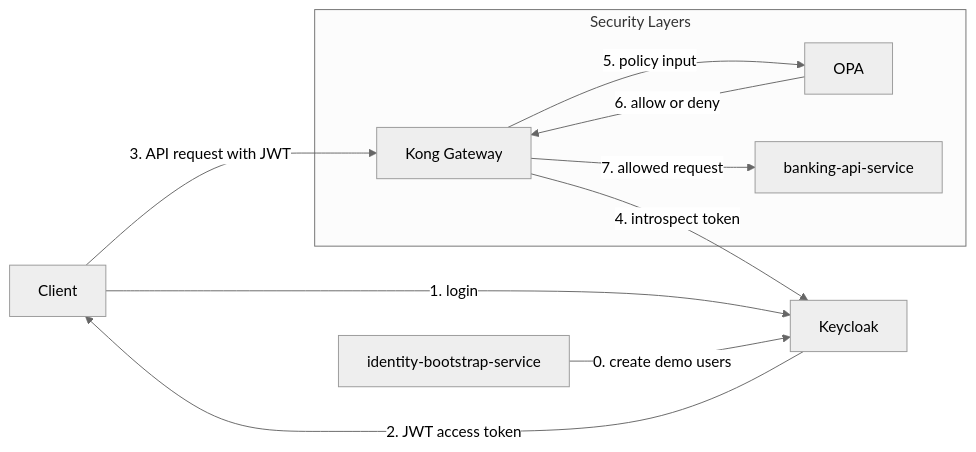
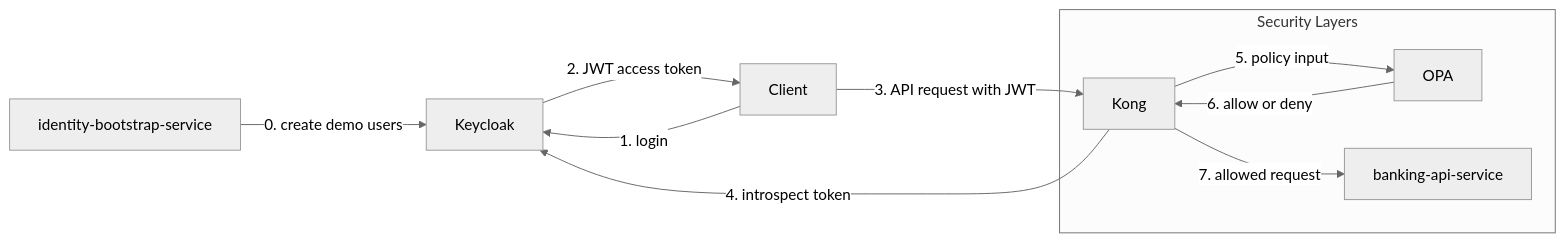
The diagram in docs/02-this-project-architecture.md (geekchow/micro-service-auth), drawn with Mermaid (neutral theme) before and after one commit. The commit also changed other lines of this file, not shown here.

Commit message:
docs: rewrite 02 architecture with template

````diff
--- a/docs/02-this-project-architecture.md
+++ b/docs/02-this-project-architecture.md
@@ -85,19 +74,19 @@
 ```mermaid
 flowchart LR
-  C[Client] -->|1. login| KC[Keycloak]
-  KC -->|2. JWT access token| C
+  identity-bootstrap-service -->|0. create demo users| Keycloak
 
-  C -->|3. API request with JWT| KG[Kong Gateway]
-  KG -->|4. introspect token| KC
-  KG -->|5. policy input| OPA[OPA]
-  OPA -->|6. allow or deny| KG
-  KG -->|7. allowed request| BANK[banking-api-service]
+  Client -->|1. login| Keycloak
+  Keycloak -->|2. JWT access token| Client
 
-  DEMO[identity-bootstrap-service] -->|0. create demo users| KC
+  Client -->|3. API request with JWT| Kong
+  Kong -->|4. introspect token| Keycloak
+  Kong -->|5. policy input| OPA
+  OPA -->|6. allow or deny| Kong
+  Kong -->|7. allowed request| banking-api-service
 
-    subgraph Security Layers
-      KG
-      OPA
-      BANK
-    end
+  subgraph Security Layers
+    Kong
+    OPA
+    banking-api-service
+  end
 ```
````
